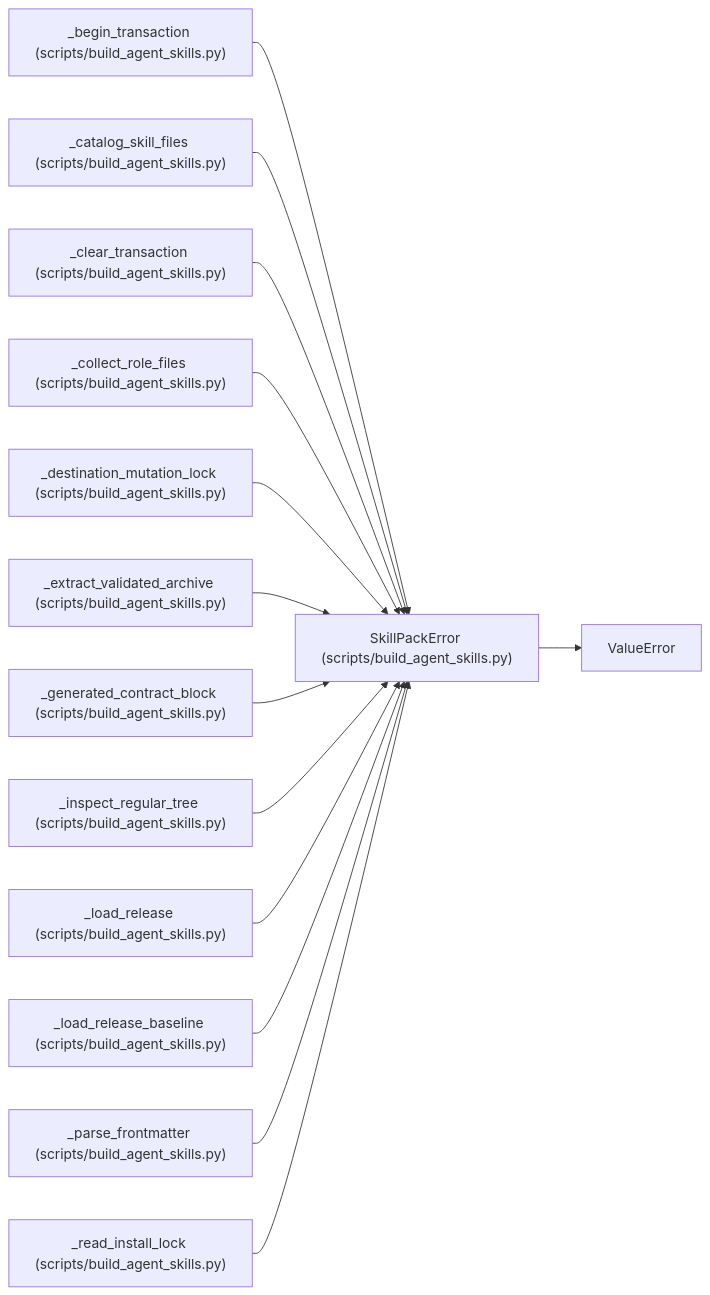
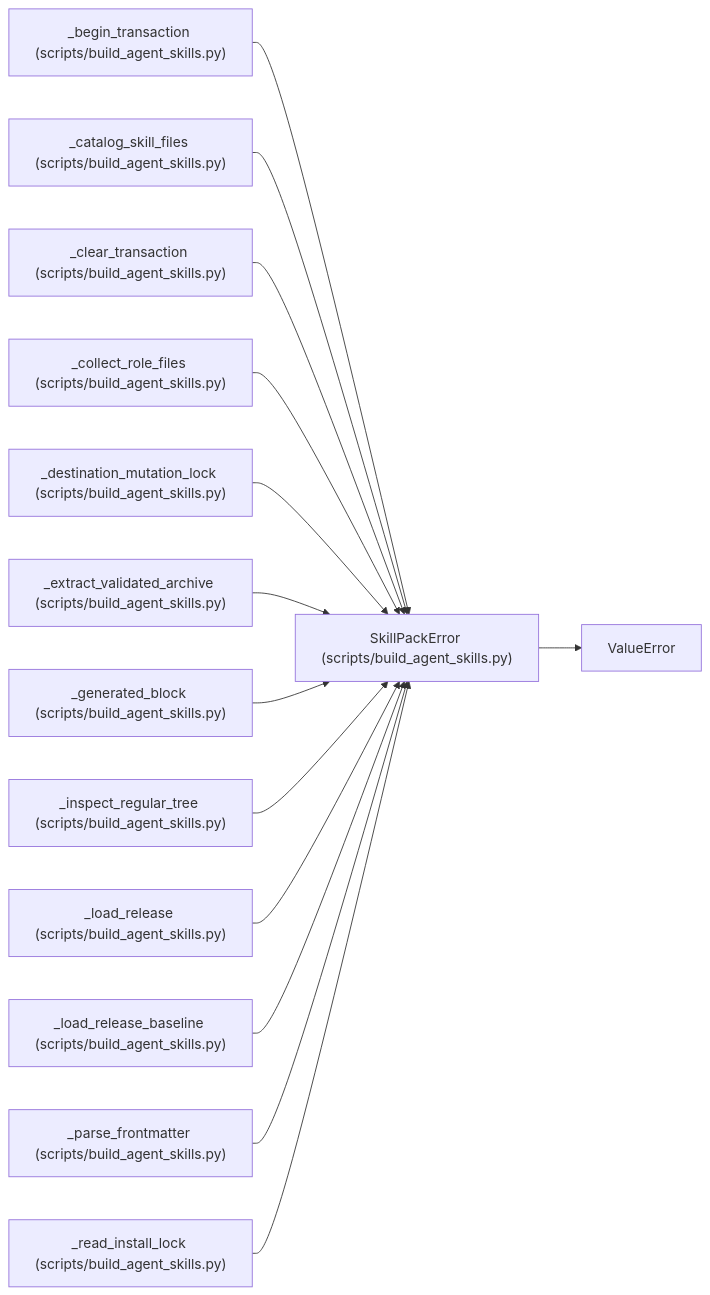
The diagram in docs/llm_wiki/entities/SkillPackError.md (Denissvgn/WorkChord), drawn with Mermaid before and after one commit. The commit also changed other lines of this file and 469 other files, not shown here.

First line of the commit message:
feat: share workflow names between the UI and agent role skills

````diff
--- a/docs/llm_wiki/entities/SkillPackError.md
+++ b/docs/llm_wiki/entities/SkillPackError.md
@@ -23,43 +23,43 @@
 ```mermaid
 flowchart LR
     n0["SkillPackError (scripts/build_agent_skills.py)"]
     n1["ValueError"]
     n2["_begin_transaction (scripts/build_agent_skills.py)"]
     n3["_catalog_skill_files (scripts/build_agent_skills.py)"]
     n4["_clear_transaction (scripts/build_agent_skills.py)"]
     n5["_collect_role_files (scripts/build_agent_skills.py)"]
     n6["_destination_mutation_lock (scripts/build_agent_skills.py)"]
     n7["_extract_validated_archive (scripts/build_agent_skills.py)"]
-    n8["_generated_contract_block (scripts/build_agent_skills.py)"]
+    n8["_generated_block (scripts/build_agent_skills.py)"]
     n9["_inspect_regular_tree (scripts/build_agent_skills.py)"]
     n10["_load_release (scripts/build_agent_skills.py)"]
     n11["_load_release_baseline (scripts/build_agent_skills.py)"]
     n12["_parse_frontmatter (scripts/build_agent_skills.py)"]
     n13["_read_install_lock (scripts/build_agent_skills.py)"]
     n0 --> n1
     n2 --> n0
     n3 --> n0
     n4 --> n0
     n5 --> n0
     n6 --> n0
     n7 --> n0
     n8 --> n0
     n9 --> n0
     n10 --> n0
     n11 --> n0
     n12 --> n0
     n13 --> n0
     click n0 "../modules/build_agent_skills.md"
     click n2 "../modules/build_agent_skills.md"
     click n3 "../modules/build_agent_skills.md"
     click n4 "../modules/build_agent_skills.md"
     click n5 "../modules/build_agent_skills.md"
     click n6 "../modules/build_agent_skills.md"
     click n7 "../modules/build_agent_skills.md"
     click n8 "../modules/build_agent_skills.md"
     click n9 "../modules/build_agent_skills.md"
     click n10 "../modules/build_agent_skills.md"
     click n11 "../modules/build_agent_skills.md"
     click n12 "../modules/build_agent_skills.md"
     click n13 "../modules/build_agent_skills.md"
 ```
````
